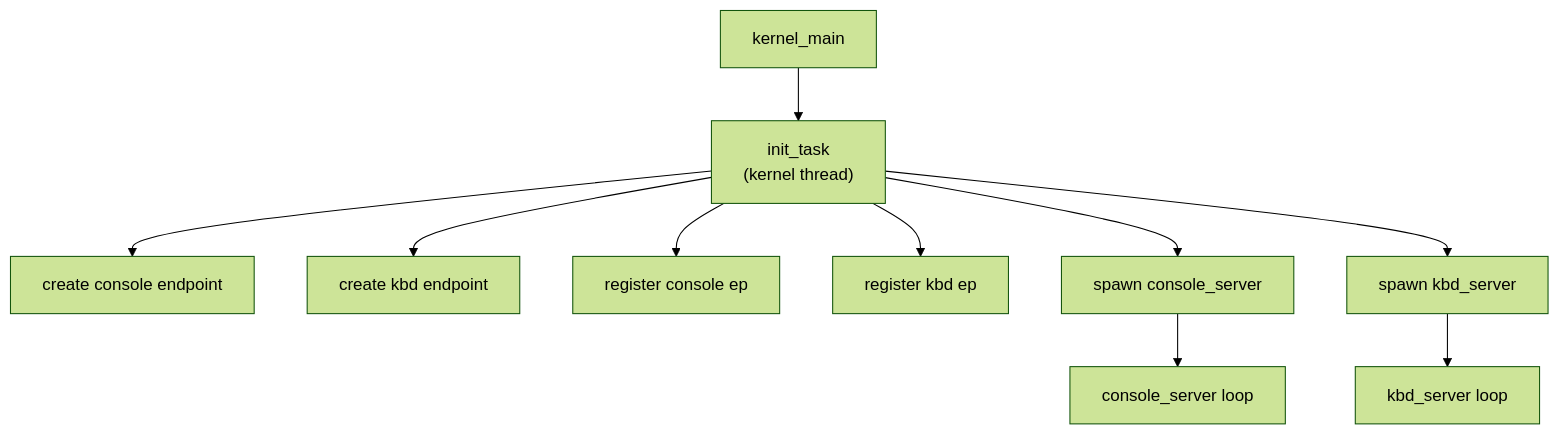
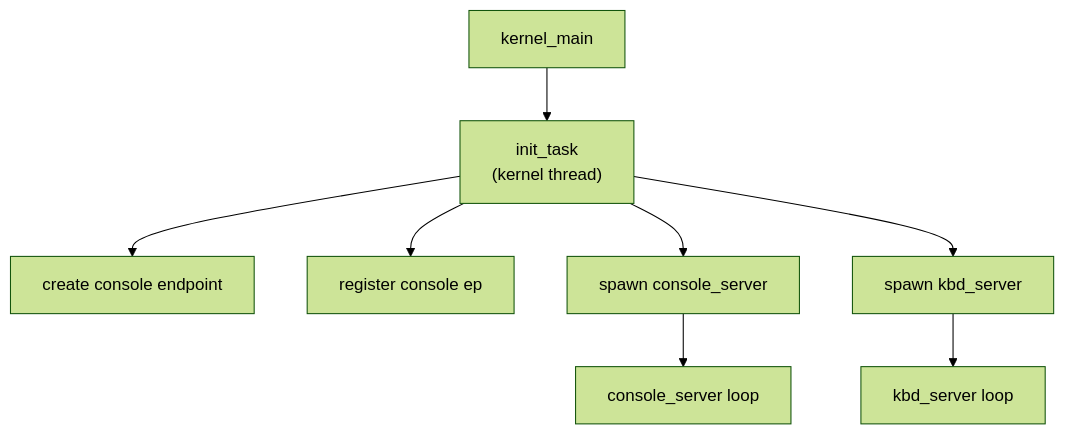
Before and after one commit to mikecubed/m3OS: the diagram in docs/07-core-servers.md, drawn with Mermaid (forest theme). The commit also changed other lines of this file and 1 other file, not shown here.

First line of the commit message:
docs(p7): fix bootstrap diagram, kbd_server doc, roadmap init note

````diff
--- a/docs/07-core-servers.md
+++ b/docs/07-core-servers.md
@@ -103,12 +103,10 @@
 ```mermaid
 flowchart TD
-    KM["kernel_main"] --> IT["init_task\n(kernel thread)"]
+    KM["kernel_main"] --> IT["init_task<br/>(kernel thread)"]
     IT --> CE["create console endpoint"]
-    IT --> KE["create kbd endpoint"]
     IT --> RC["register console ep"]
-    IT --> RK["register kbd ep"]
     IT --> SC["spawn console_server"]
     IT --> SK["spawn kbd_server"]
     SC --> CS["console_server loop"]
     SK --> KS["kbd_server loop"]
 ```
````
